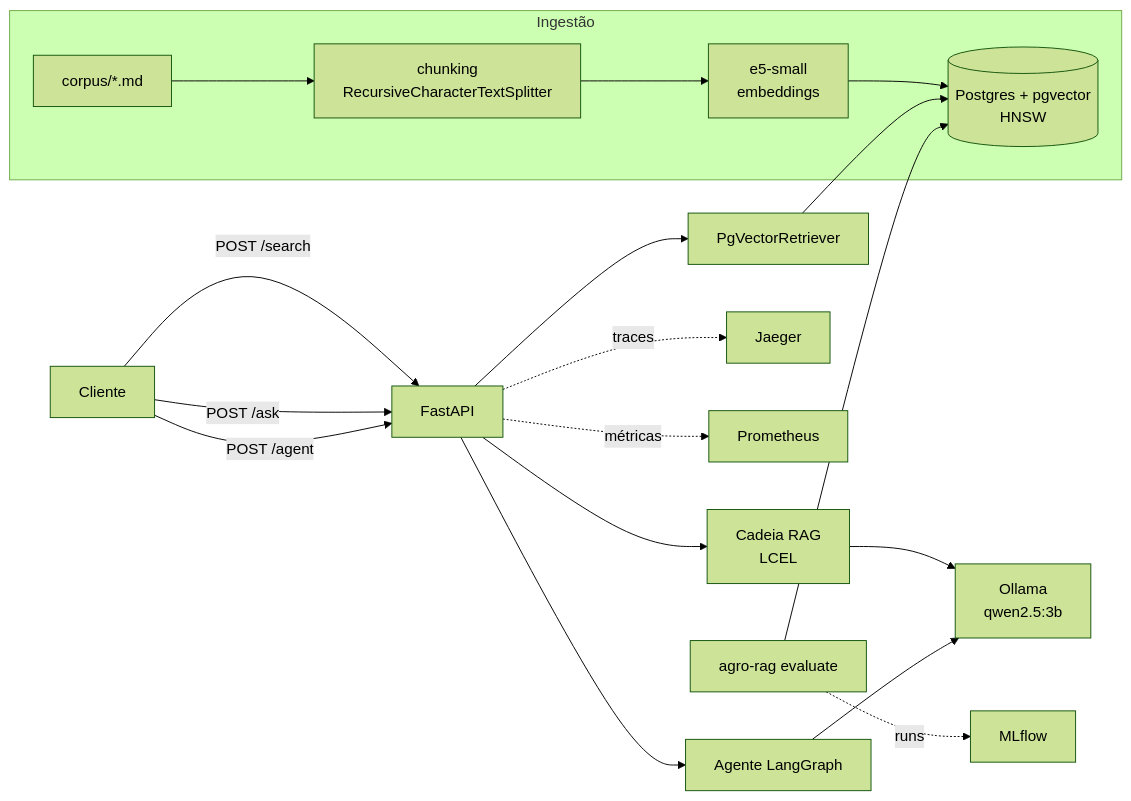
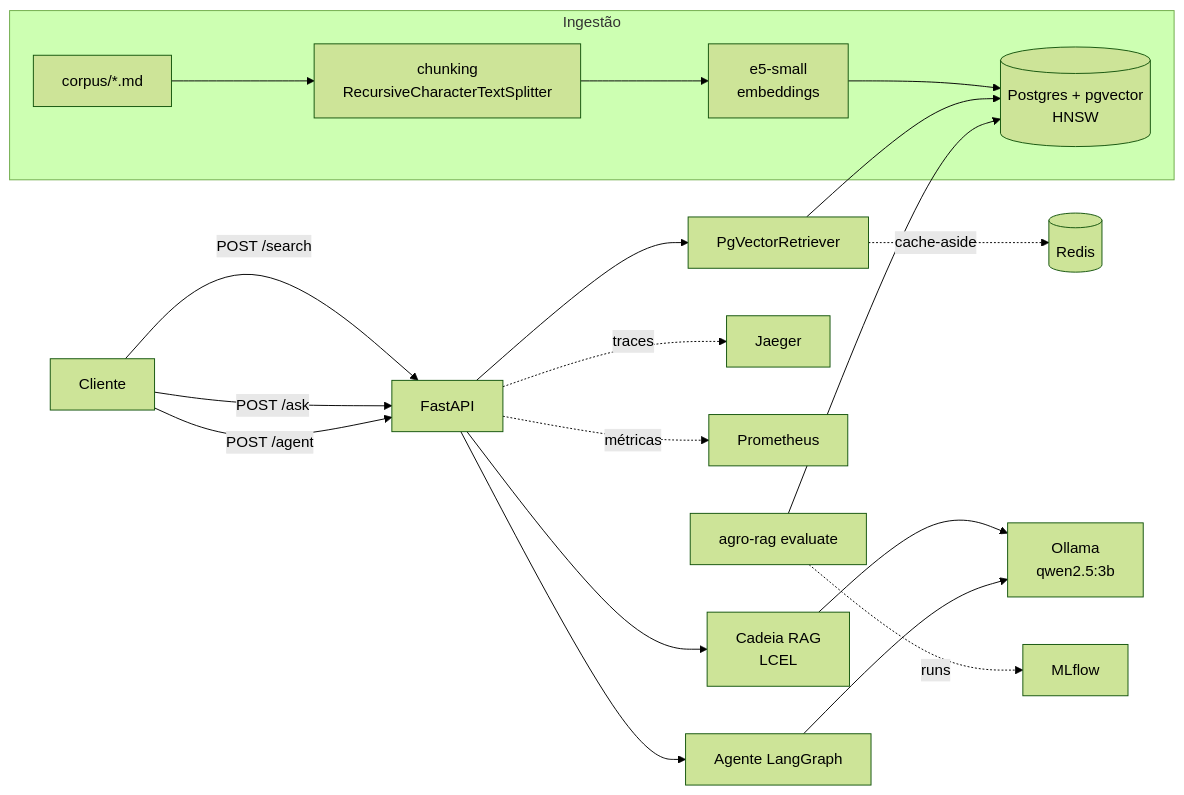
The first of 2 diagrams in README.md (icarojobs/agro-rag-api), drawn with Mermaid (forest theme) before and after one commit. The commit also changed other lines of this file and 15 other files, not shown here.

First line of the commit message:
feat(cache): add Redis cache-aside for search, embeddings and answers (#15)

````diff
--- a/README.md
+++ b/README.md
@@ -20,23 +21,24 @@
 ```mermaid
 flowchart LR
     subgraph ingest[Ingestão]
         MD[corpus/*.md] --> CH[chunking<br/>RecursiveCharacterTextSplitter]
         CH --> EMB[e5-small<br/>embeddings]
         EMB --> PG[(Postgres + pgvector<br/>HNSW)]
     end
 
     C[Cliente] -->|POST /search| API[FastAPI]
     C -->|POST /ask| API
     C -->|POST /agent| API
     API --> RET[PgVectorRetriever]
+    RET -.cache-aside.-> RD[(Redis)]
     RET --> PG
     API --> RAG[Cadeia RAG<br/>LCEL]
     API --> AG[Agente LangGraph]
     RAG --> LLM[Ollama<br/>qwen2.5:3b]
     AG --> LLM
 
     API -.traces.-> J[Jaeger]
     API -.métricas.-> P[Prometheus]
     EV[agro-rag evaluate] --> PG
     EV -.runs.-> ML[MLflow]
 ```
````
